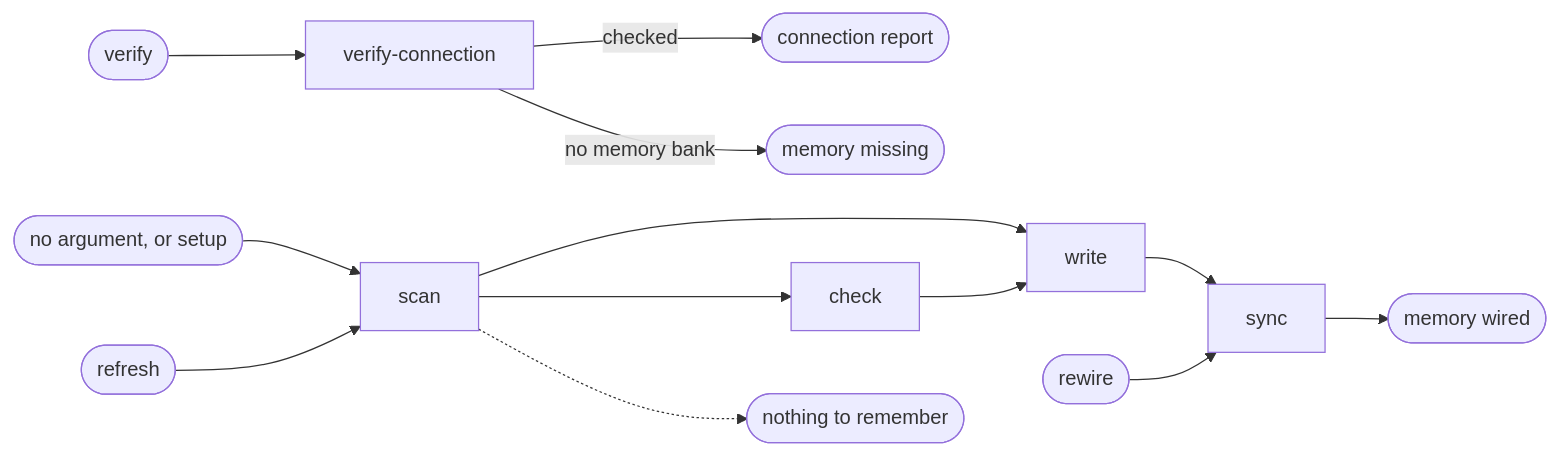
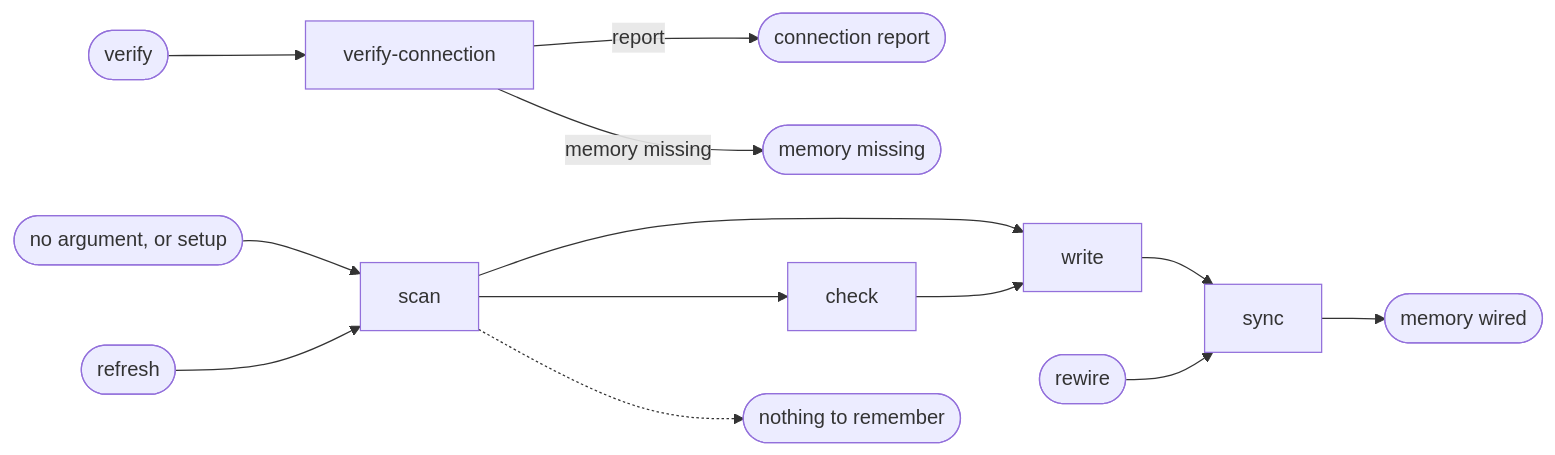
Before and after one commit to ai-driven-dev/framework: the diagram in plugins/aidd-context/skills/02-project-memory/SKILL.md, drawn with Mermaid. The commit also changed 7 other files, not shown here.

````diff
--- a/plugins/aidd-context/skills/02-project-memory/SKILL.md
+++ b/plugins/aidd-context/skills/02-project-memory/SKILL.md
@@ -9,10 +9,10 @@
 ```mermaid
 flowchart LR
   new([no argument, or setup]) --> scan --> write --> sync --> wired([memory wired])
   update([refresh]) --> scan --> check --> write
   rewire([rewire]) --> sync
   verify([verify]) --> verify-connection
-  verify-connection -->|checked| reported([connection report])
-  verify-connection -->|no memory bank| missing([memory missing])
+  verify-connection -->|report| reported([connection report])
+  verify-connection -->|memory missing| missing([memory missing])
   scan -.-> empty([nothing to remember])
 ```
````
